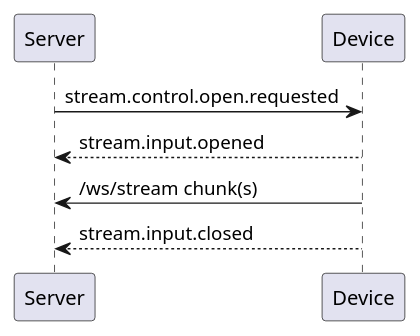
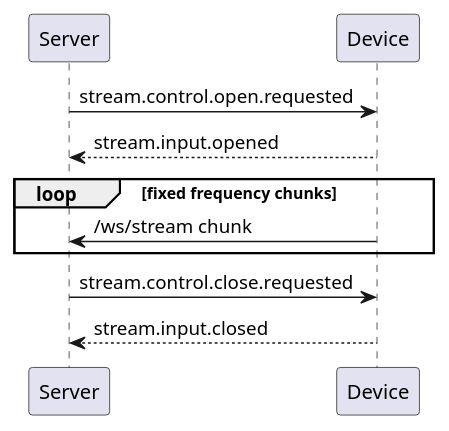
The diagram in protocol/docs/protocol.md (HengeLiu/RealtimeAgent), drawn with PlantUML before and after one commit. The commit also changed other lines of this file and 4 other files, not shown here.

````diff
--- a/protocol/docs/protocol.md
+++ b/protocol/docs/protocol.md
@@ -194,11 +194,14 @@
 ```plantuml
 @startuml
 participant Server
 participant Device
 
 Server -> Device: stream.control.open.requested
 Device --> Server: stream.input.opened
-Device -> Server: /ws/stream chunk(s)
+loop fixed frequency chunks
+  Device -> Server: /ws/stream chunk
+end
+Server -> Device: stream.control.close.requested
 Device --> Server: stream.input.closed
 @enduml
 ```
````
